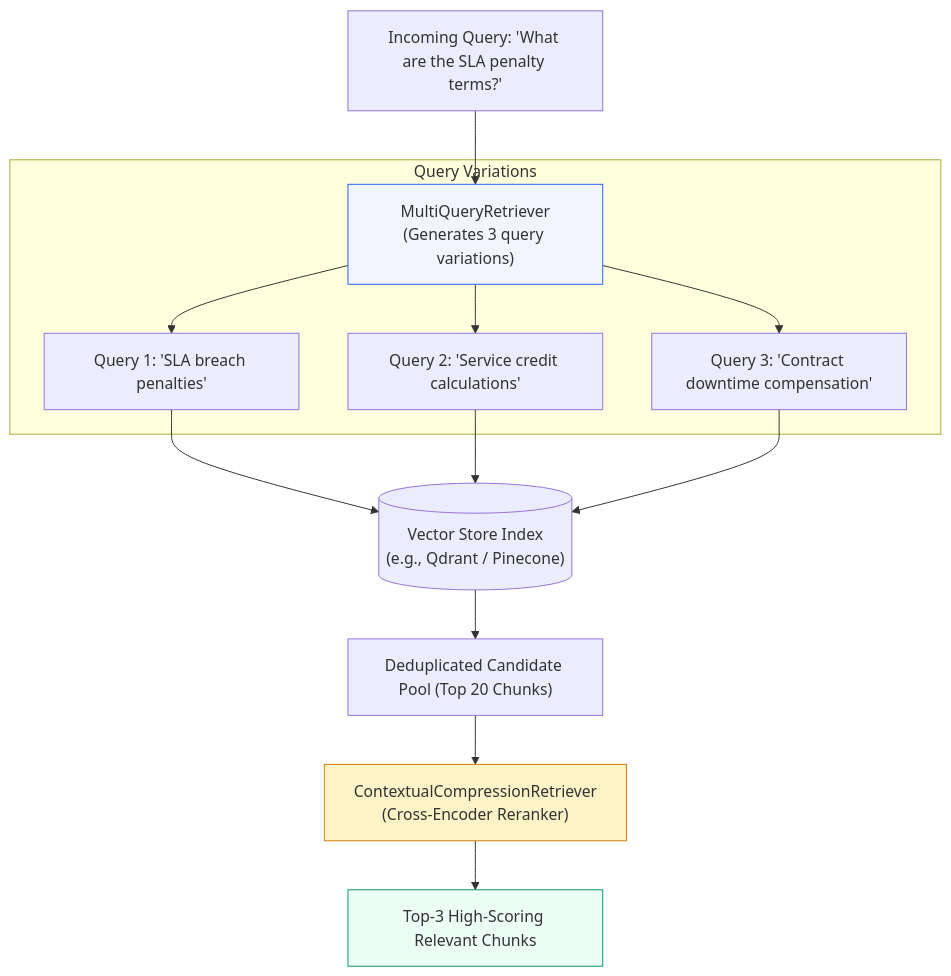
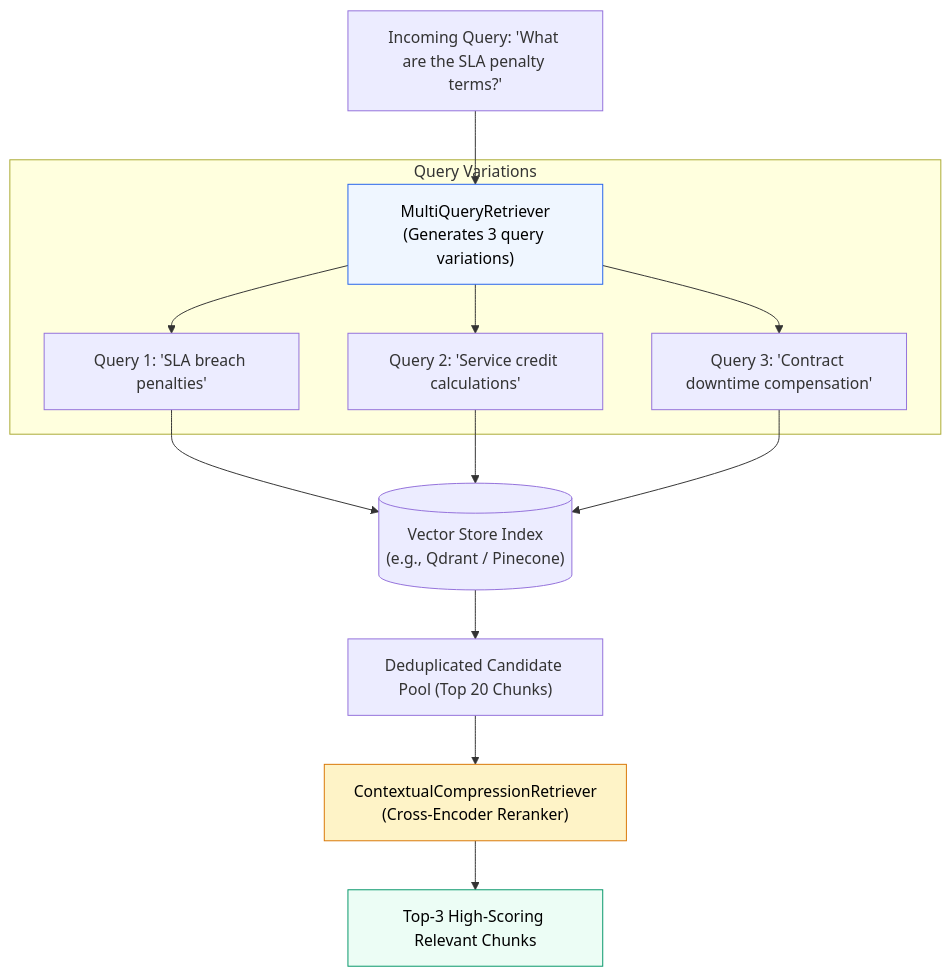
One commit to swapnil3104/RAG-Engineering changed the third of 3 diagrams in 11-Frameworks-and-Tools/LangChain/README.md. Above: the diagram before and after it, drawn with Mermaid. The commit also changed other lines of this file and 108 other files, not shown here.

Commit message:
fix: make chart text visible across all Mermaid diagrams and resolve markdown table formatting issues

````diff
--- a/11-Frameworks-and-Tools/LangChain/README.md
+++ b/11-Frameworks-and-Tools/LangChain/README.md
@@ -216,22 +216,22 @@
 ```mermaid
 flowchart TD
     Query["Incoming Query: 'What are the SLA penalty terms?'"] --> MultiQuery["MultiQueryRetriever<br/>(Generates 3 query variations)"]
     
     subgraph FanOut ["Query Variations"]
         MultiQuery --> Q1["Query 1: 'SLA breach penalties'"]
         MultiQuery --> Q2["Query 2: 'Service credit calculations'"]
         MultiQuery --> Q3["Query 3: 'Contract downtime compensation'"]
     end
 
     Q1 --> VectorStore[("Vector Store Index<br/>(e.g., Qdrant / Pinecone)")]
     Q2 --> VectorStore
     Q3 --> VectorStore
 
     VectorStore --> RawDocs["Deduplicated Candidate Pool (Top 20 Chunks)"]
     RawDocs --> Compressor["ContextualCompressionRetriever<br/>(Cross-Encoder Reranker)"]
     Compressor --> FinalDocs["Top-3 High-Scoring Relevant Chunks"]
 
-    style MultiQuery fill:#eff6ff,stroke:#2563eb
-    style Compressor fill:#fef3c7,stroke:#d97706
-    style FinalDocs fill:#ecfdf5,stroke:#059669
+    style MultiQuery fill:#eff6ff,stroke:#2563eb,color:#000000
+    style Compressor fill:#fef3c7,stroke:#d97706,color:#000000
+    style FinalDocs fill:#ecfdf5,stroke:#059669,color:#000000
 ```
````
